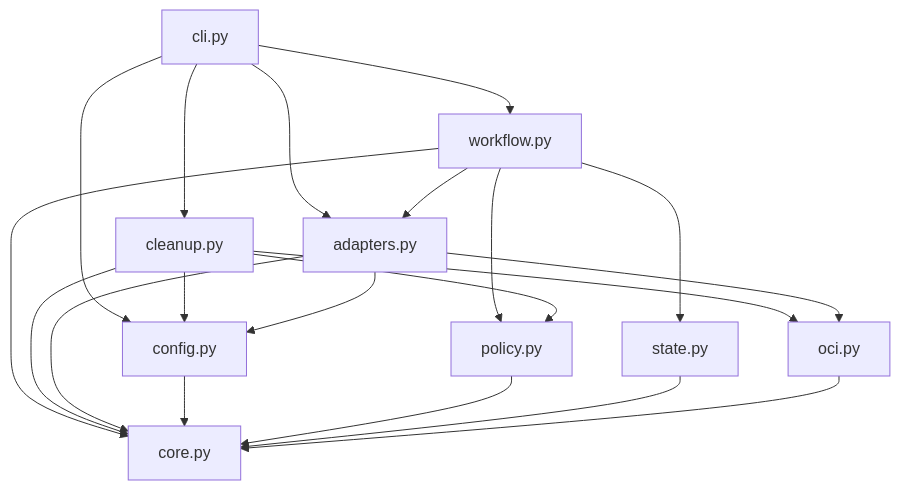
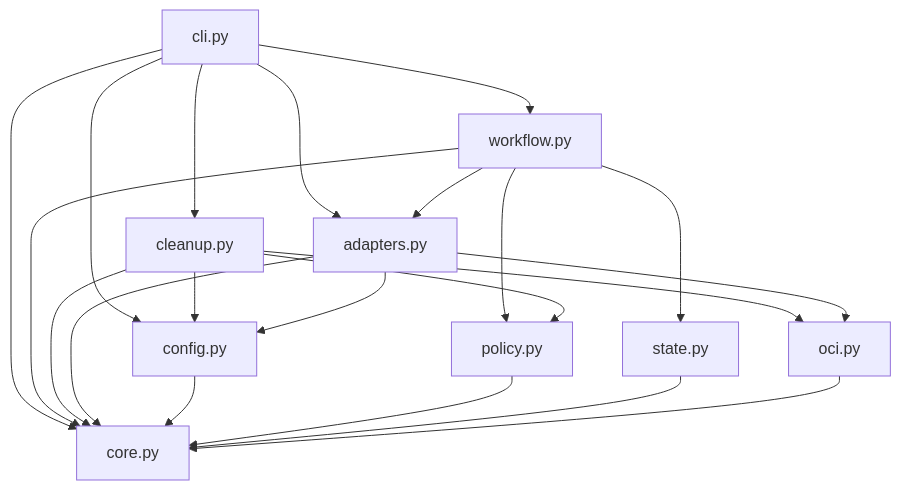
Before and after one commit to unskilled0218/release-template: the diagram in tasks/9-publish-images-readable-releases/3-plan-review.md, drawn with Mermaid. The commit also changed other lines of this file and 1 other file, not shown here.

````diff
--- a/tasks/9-publish-images-readable-releases/3-plan-review.md
+++ b/tasks/9-publish-images-readable-releases/3-plan-review.md
@@ -41,22 +41,23 @@
 ```mermaid
 graph TD
   CLI[cli.py] --> Workflow[workflow.py]
   CLI --> Cleanup[cleanup.py]
   CLI --> Adapters[adapters.py]
   CLI --> Config[config.py]
+  CLI --> Core[core.py]
   Workflow --> Adapters
   Workflow --> Policy[policy.py]
   Workflow --> State[state.py]
+  Workflow --> Core
   Cleanup --> Policy
   Cleanup --> Config
   Cleanup --> OCI[oci.py]
+  Cleanup --> Core
   Adapters --> Config
   Adapters --> OCI
-  Workflow --> Core[core.py]
-  Cleanup --> Core
   Adapters --> Core
   Config --> Core
   Policy --> Core
   State --> Core
   OCI --> Core
 ```
````
